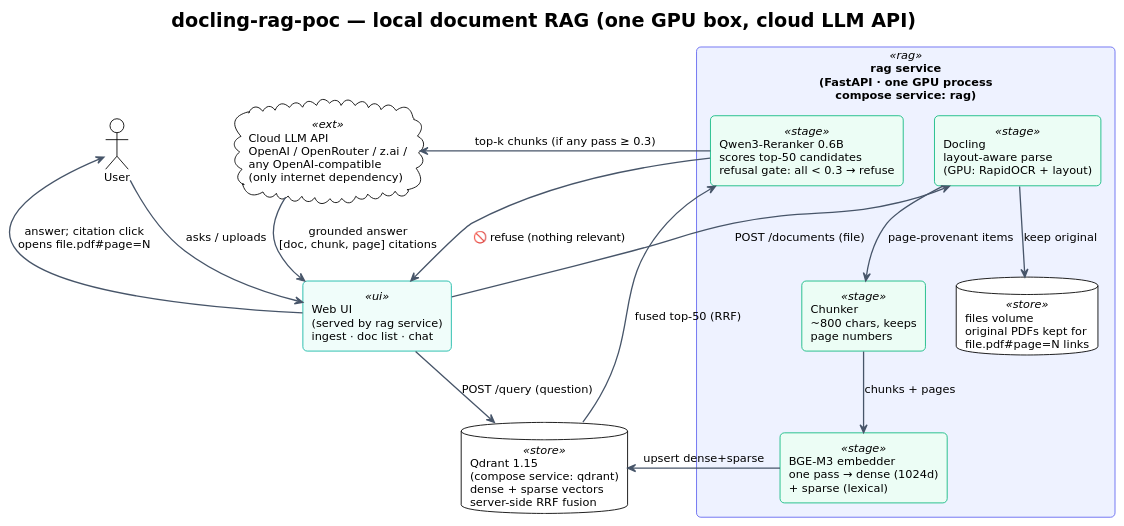
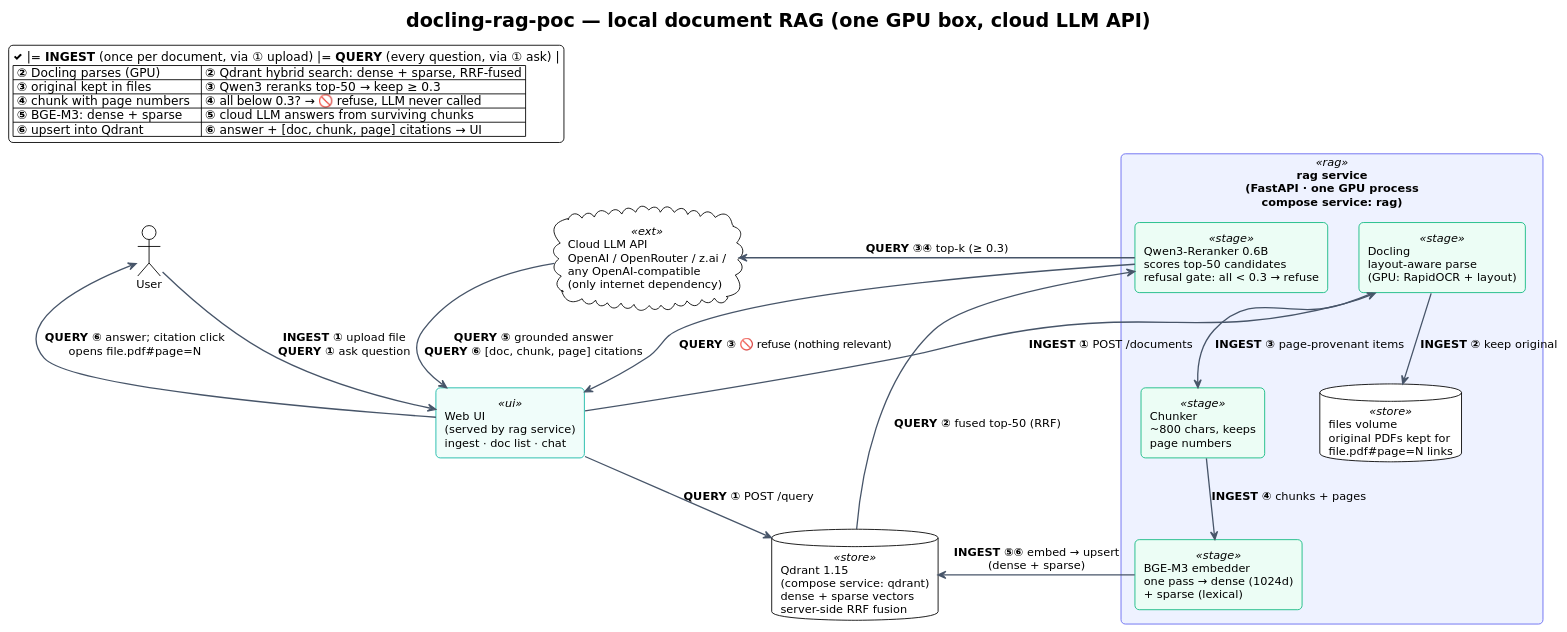
The diagram in docs/diagrams/architecture.puml (smarterworkerai/docling-rag-poc), drawn with PlantUML before and after one commit. The commit also changed 2 other files, not shown here.

Commit message:
docs: number the ingest/query steps in the architecture diagram (legend + arrow labels)

```diff
--- a/docs/diagrams/architecture.puml
+++ b/docs/diagrams/architecture.puml
@@ -1,56 +1,65 @@
 @startuml architecture
 !theme plain
 skinparam backgroundColor #FFFFFF
 skinparam defaultFontName "DejaVu Sans"
 skinparam defaultFontSize 13
 skinparam roundCorner 10
 skinparam ArrowColor #475569
 skinparam ArrowThickness 1.5
 skinparam node {
   BackgroundColor #F8FAFC
   BorderColor #64748B
 }
 skinparam rectangle {
   BackgroundColor<<rag>> #EEF2FF
   BorderColor<<rag>> #6366F1
   BackgroundColor<<stage>> #ECFDF5
   BorderColor<<stage>> #10B981
   BackgroundColor<<store>> #FFF7ED
   BorderColor<<store>> #F59E0B
   BackgroundColor<<ext>> #FDF2F8
   BorderColor<<ext>> #EC4899
   BackgroundColor<<ui>> #F0FDFA
   BorderColor<<ui>> #14B8A6
 }
 title docling-rag-poc — local document RAG (one GPU box, cloud LLM API)
 
+legend top left
+<&check> |= <b>INGEST</b> (once per document, via ① upload) |= <b>QUERY</b> (every question, via ① ask) |
+| <b>②</b> Docling parses (GPU)      | <b>②</b> Qdrant hybrid search: dense + sparse, RRF-fused |
+| <b>③</b> original kept in files    | <b>③</b> Qwen3 reranks top-50 → keep ≥ 0.3 |
+| <b>④</b> chunk with page numbers   | <b>④</b> all below 0.3? → 🚫 refuse, LLM never called |
+| <b>⑤</b> BGE-M3: dense + sparse   | <b>⑤</b> cloud LLM answers from surviving chunks |
+| <b>⑥</b> upsert into Qdrant        | <b>⑥</b> answer + [doc, chunk, page] citations → UI |
+endlegend
+
 actor User as user
 
 rectangle "rag service\n(FastAPI · one GPU process\ncompose service: rag)" <<rag>> {
   rectangle "Docling\nlayout-aware parse\n(GPU: RapidOCR + layout)" <<stage>> as docling
   rectangle "Chunker\n~800 chars, keeps\npage numbers" <<stage>> as chunker
   rectangle "BGE-M3 embedder\none pass → dense (1024d)\n+ sparse (lexical)" <<stage>> as embed
   rectangle "Qwen3-Reranker 0.6B\nscores top-50 candidates\nrefusal gate: all < 0.3 → refuse" <<stage>> as rerank
   database "files volume\noriginal PDFs kept for\nfile.pdf#page=N links" <<store>> as files
 }
 
 database "Qdrant 1.15\n(compose service: qdrant)\ndense + sparse vectors\nserver-side RRF fusion" <<store>> as qdrant
 
 cloud "Cloud LLM API\nOpenAI / OpenRouter / z.ai /\nany OpenAI-compatible\n(only internet dependency)" <<ext>> as llm
 
 rectangle "Web UI\n(served by rag service)\ningest · doc list · chat" <<ui>> as ui
 
-user --> ui : asks / uploads
-ui --> docling : POST /documents (file)
-docling --> files : keep original
-docling --> chunker : page-provenant items
-chunker --> embed : chunks + pages
-embed --> qdrant : upsert dense+sparse
+user --> ui : <b>INGEST ①</b> upload file\n<b>QUERY ①</b> ask question
+ui --> docling : <b>INGEST ①</b> POST /documents
+docling --> files : <b>INGEST ②</b> keep original
+docling --> chunker : <b>INGEST ③</b> page-provenant items
+chunker --> embed : <b>INGEST ④</b> chunks + pages
+embed --> qdrant : <b>INGEST ⑤⑥</b> embed → upsert\n(dense + sparse)
 
-ui --> qdrant : POST /query (question)
-qdrant --> rerank : fused top-50 (RRF)
-rerank --> llm : top-k chunks (if any pass ≥ 0.3)
-rerank --> ui : 🚫 refuse (nothing relevant)
-llm --> ui : grounded answer\n[doc, chunk, page] citations
-ui --> user : answer; citation click\nopens file.pdf#page=N
+ui --> qdrant : <b>QUERY ①</b> POST /query
+qdrant --> rerank : <b>QUERY ②</b> fused top-50 (RRF)
+rerank --> llm : <b>QUERY ③④</b> top-k (≥ 0.3)
+rerank --> ui : <b>QUERY ③</b> 🚫 refuse (nothing relevant)
+llm --> ui : <b>QUERY ⑤</b> grounded answer\n<b>QUERY ⑥</b> [doc, chunk, page] citations
+ui --> user : <b>QUERY ⑥</b> answer; citation click\nopens file.pdf#page=N
 @enduml
```
